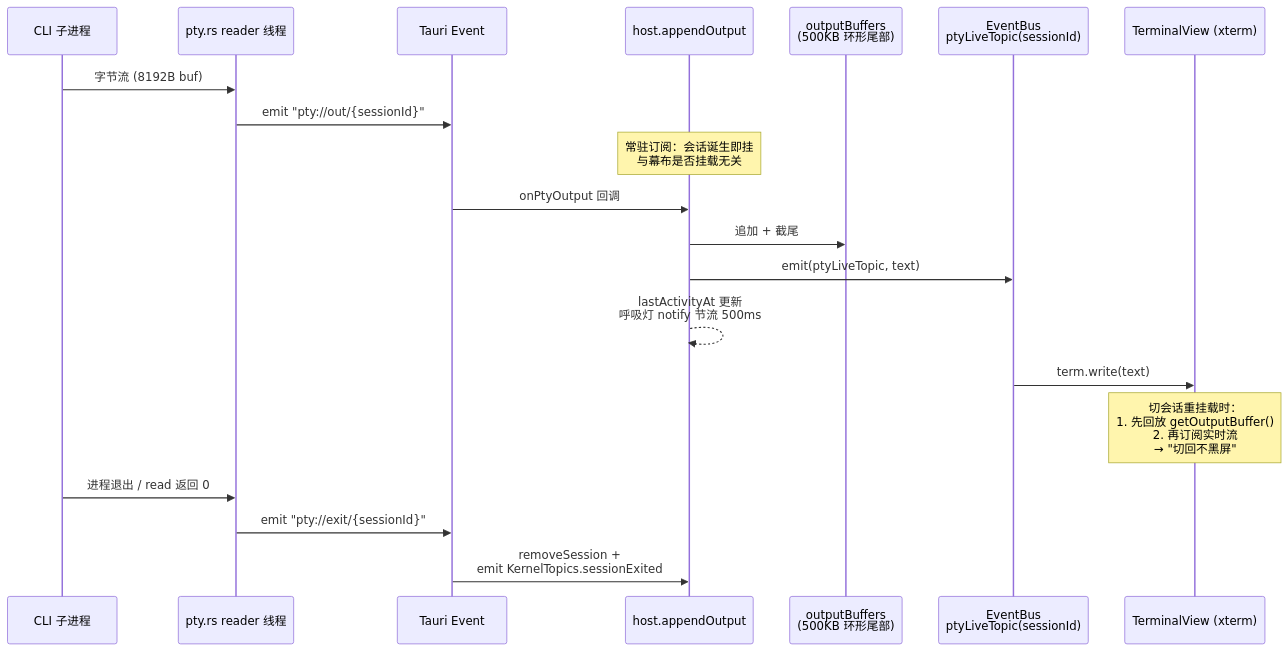
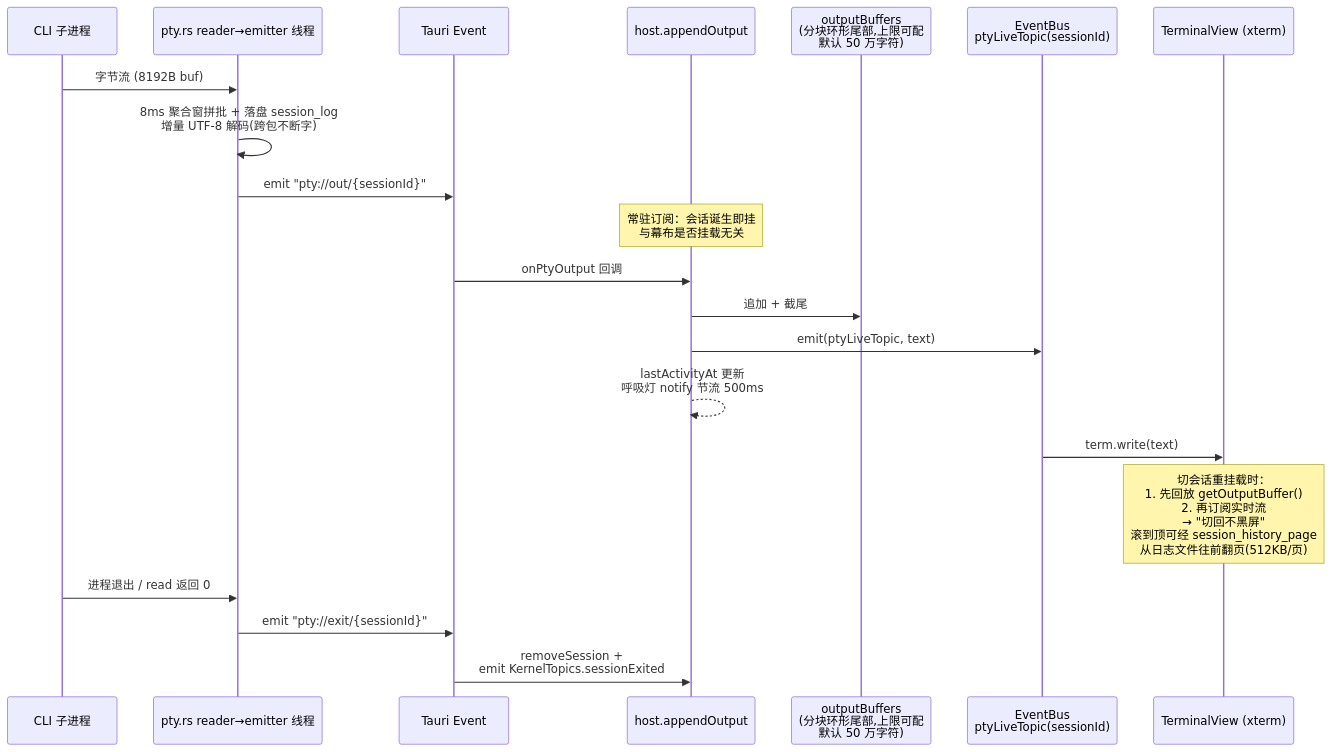
Before and after one commit to chenxiangning/tmd-cli: the third of 8 diagrams in docs/architecture/02-code-architecture.md, drawn with Mermaid. The commit also changed other lines of this file and 56 other files, not shown here.

````diff
--- a/docs/architecture/02-code-architecture.md
+++ b/docs/architecture/02-code-architecture.md
@@ -112,25 +121,26 @@
 ```mermaid
 sequenceDiagram
     participant CLI as CLI 子进程
-    participant PT as pty.rs reader 线程
+    participant PT as pty.rs reader→emitter 线程
     participant EVT as Tauri Event
     participant H as host.appendOutput
-    participant BUF as outputBuffers<br/>(500KB 环形尾部)
+    participant BUF as outputBuffers<br/>(分块环形尾部,上限可配<br/>默认 50 万字符)
     participant BUS as EventBus<br/>ptyLiveTopic(sessionId)
     participant TV as TerminalView (xterm)
 
     CLI->>PT: 字节流 (8192B buf)
+    PT->>PT: 8ms 聚合窗拼批 + 落盘 session_log<br/>增量 UTF-8 解码(跨包不断字)
     PT->>EVT: emit "pty://out/{sessionId}"
     Note over H: 常驻订阅：会话诞生即挂<br/>与幕布是否挂载无关
     EVT->>H: onPtyOutput 回调
     H->>BUF: 追加 + 截尾
     H->>BUS: emit(ptyLiveTopic, text)
     H-->>H: lastActivityAt 更新<br/>呼吸灯 notify 节流 500ms
     BUS->>TV: term.write(text)
 
-    Note over TV: 切会话重挂载时：<br/>1. 先回放 getOutputBuffer()<br/>2. 再订阅实时流<br/>→ "切回不黑屏"
+    Note over TV: 切会话重挂载时：<br/>1. 先回放 getOutputBuffer()<br/>2. 再订阅实时流<br/>→ "切回不黑屏"<br/>滚到顶可经 session_history_page<br/>从日志文件往前翻页(512KB/页)
 
     CLI->>PT: 进程退出 / read 返回 0
     PT->>EVT: emit "pty://exit/{sessionId}"
     EVT->>H: removeSession +<br/>emit KernelTopics.sessionExited
 ```
````
